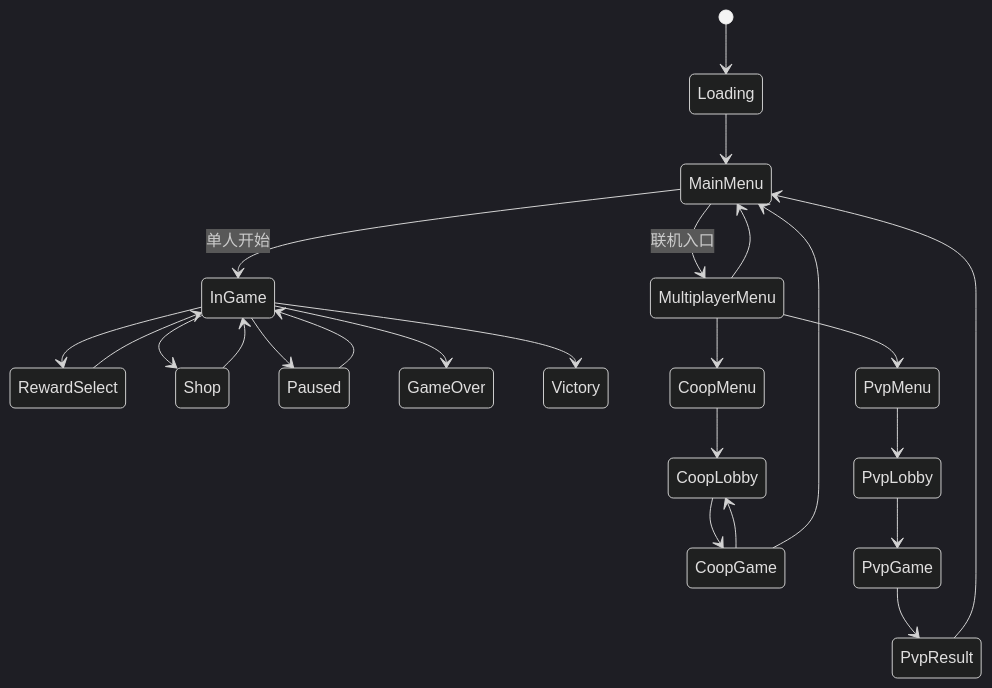
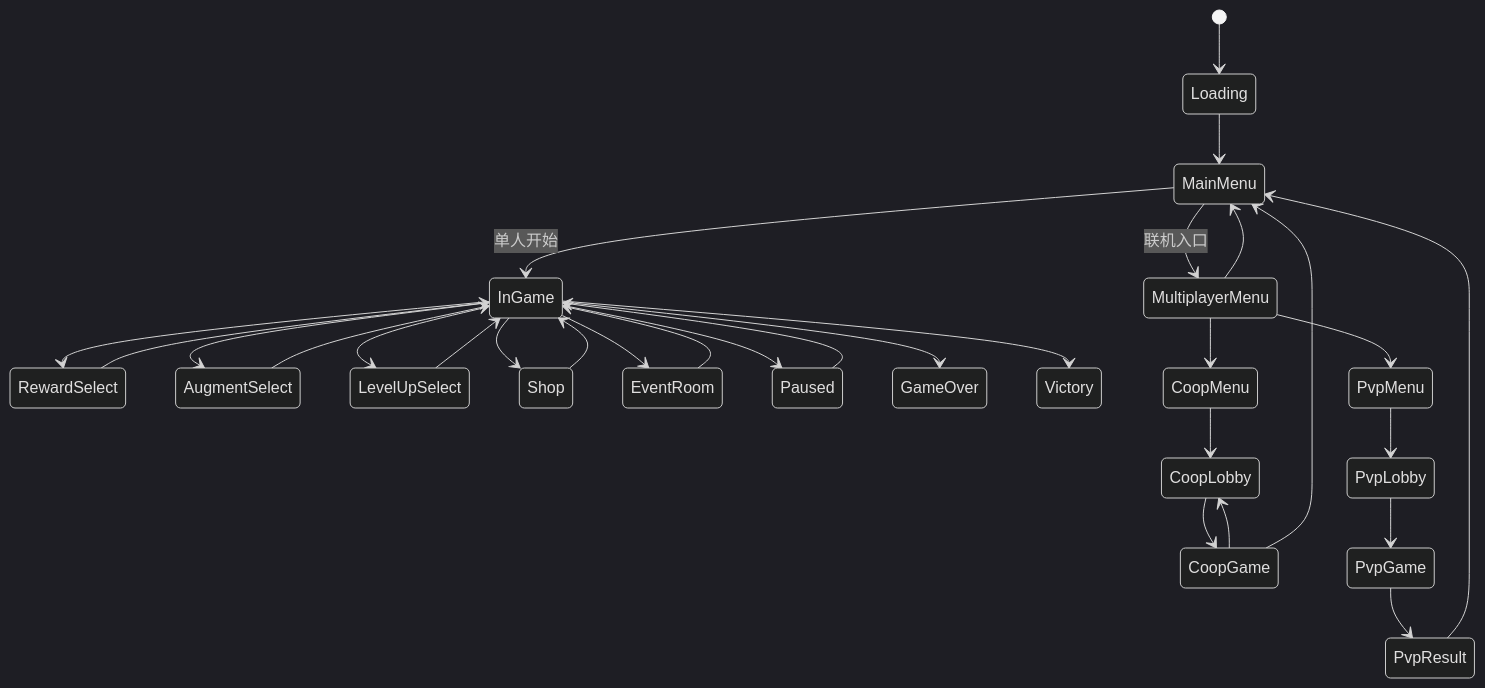
Before and after one commit to AstralArtisan/rust-Game: the second of 3 diagrams in docs/02_architecture.md, drawn with Mermaid (dark theme). The commit also changed other lines of this file and 8 other files, not shown here.

````diff
--- a/docs/02_architecture.md
+++ b/docs/02_architecture.md
@@ -61,31 +72,37 @@
 ```mermaid
 stateDiagram-v2
     [*] --> Loading
     Loading --> MainMenu
 
     MainMenu --> InGame: 单人开始
     MainMenu --> MultiplayerMenu: 联机入口
 
     InGame --> RewardSelect
     RewardSelect --> InGame
+    InGame --> AugmentSelect
+    AugmentSelect --> InGame
+    InGame --> LevelUpSelect
+    LevelUpSelect --> InGame
     InGame --> Shop
     Shop --> InGame
+    InGame --> EventRoom
+    EventRoom --> InGame
     InGame --> Paused
     Paused --> InGame
     InGame --> GameOver
     InGame --> Victory
 
     MultiplayerMenu --> CoopMenu
     MultiplayerMenu --> PvpMenu
     MultiplayerMenu --> MainMenu
 
     CoopMenu --> CoopLobby
     CoopLobby --> CoopGame
     CoopGame --> CoopLobby
     CoopGame --> MainMenu
 
     PvpMenu --> PvpLobby
     PvpLobby --> PvpGame
     PvpGame --> PvpResult
     PvpResult --> MainMenu
 ```
````
